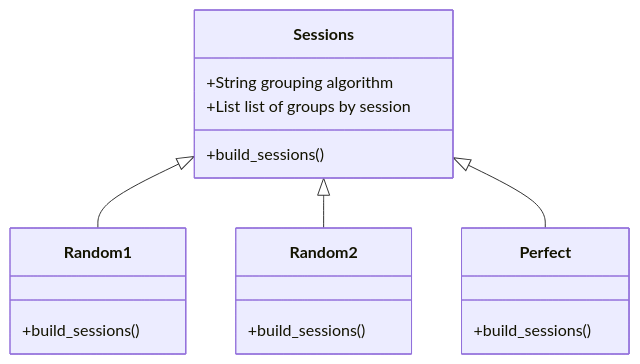
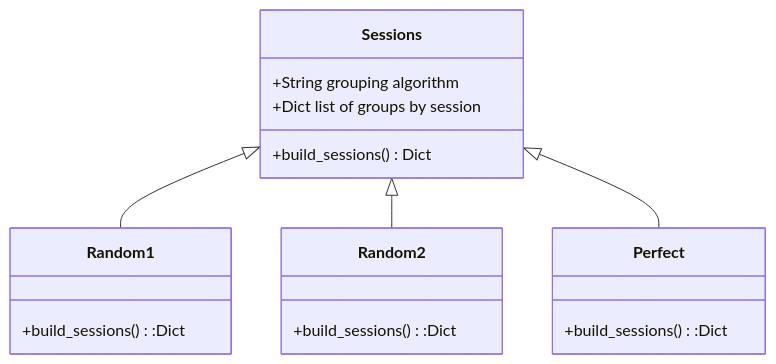
The second of 2 diagrams in doc/sys-diagram.md (cswaim/breakout_groups), drawn with Mermaid before and after one commit.

Commit message:
update sys-diagram

````diff
--- a/doc/sys-diagram.md
+++ b/doc/sys-diagram.md
@@ -62,18 +62,18 @@
 ```mermaid
   classDiagram
       Sessions <|-- Random1
       Sessions <|-- Random2
       Sessions <|-- Perfect
       Sessions : +String grouping algorithm
-      Sessions : +List list of groups by session
-      Sessions: +build_sessions()
+      Sessions : +Dict list of groups by session
+      Sessions : +build_sessions() Dict
       class Random1{
-        +build_sessions()
+        +build_sessions():Dict
       }
       class Random2{
-        +build_sessions()
+        +build_sessions():Dict
       }
       class Perfect{
-        +build_sessions()
+        +build_sessions():Dict
       }
 ```
````
